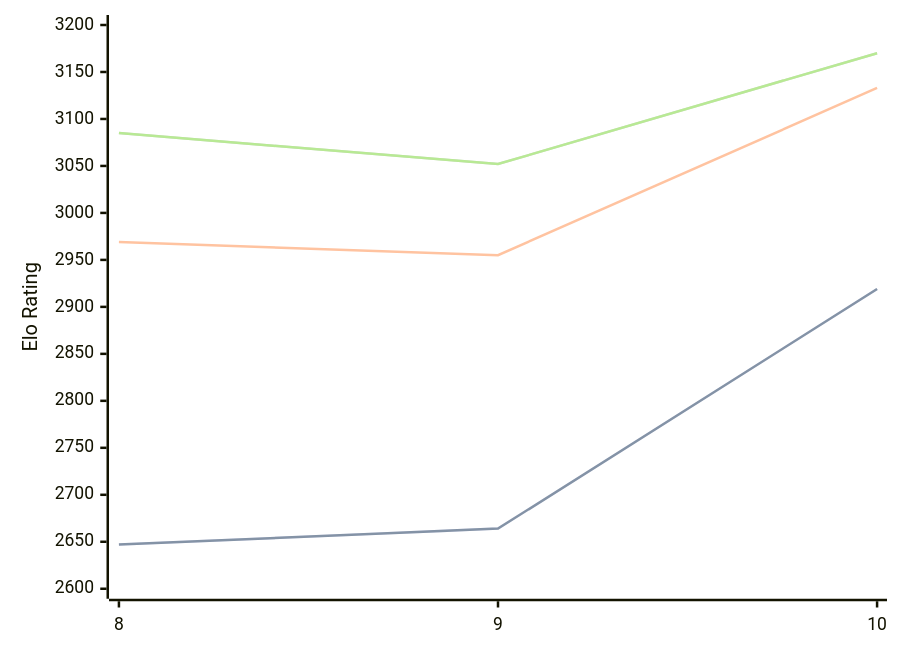
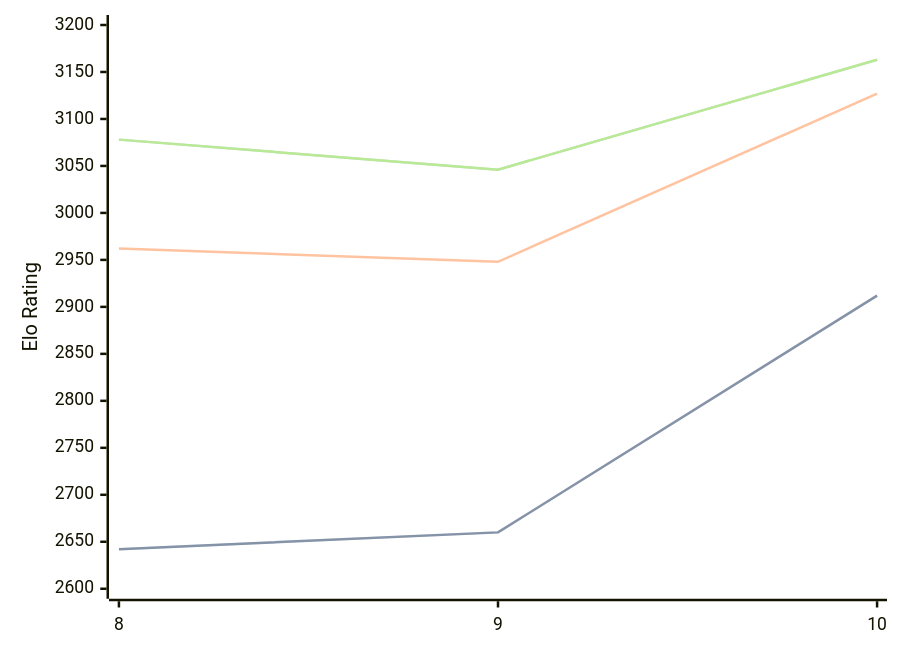
Before and after one commit to computer-chess-index/cci: the diagram in engines/Lozza.md, drawn with Mermaid. The commit also changed other lines of this file, not shown here.

Commit message:
Update CCI Ratings (ELO VLTC) - 2026-05-18

````diff
--- a/engines/Lozza.md
+++ b/engines/Lozza.md
@@ -41,11 +41,11 @@
 ```mermaid
 %%{init: {"theme":"base","themeVariables":{"seriesColors:['#a3a3a3','#222221','#faa371']}}}%%
 xychart-beta
   x-axis ["8", "9", "10"]
   y-axis "Elo Rating" 2600 --> 3200
-  line "STC (8.0+0.08s)" [2647, 2664, 2919]
-  line "STC (8.0+0.08s)" [2647, 2664, 2919]
-  line "LTC (60.0+0.60s)" [2969, 2955, 3133]
-  line "VLTC (2m24s+1.12s)" [3085, 3052, 3170]
-  line "VLTC (2m24s+1.12s)" [3085, 3052, 3170]
+  line "STC (8.0+0.08s)" [2642, 2660, 2912]
+  line "STC (8.0+0.08s)" [2642, 2660, 2912]
+  line "LTC (60.0+0.60s)" [2962, 2948, 3127]
+  line "VLTC (2m24s+1.12s)" [3078, 3046, 3163]
+  line "VLTC (2m24s+1.12s)" [3078, 3046, 3163]
 ```
````
